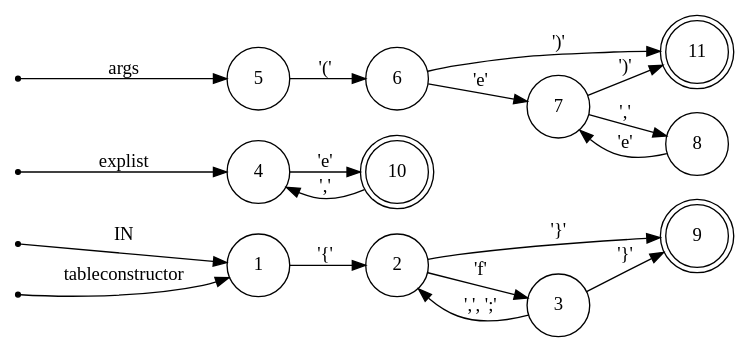
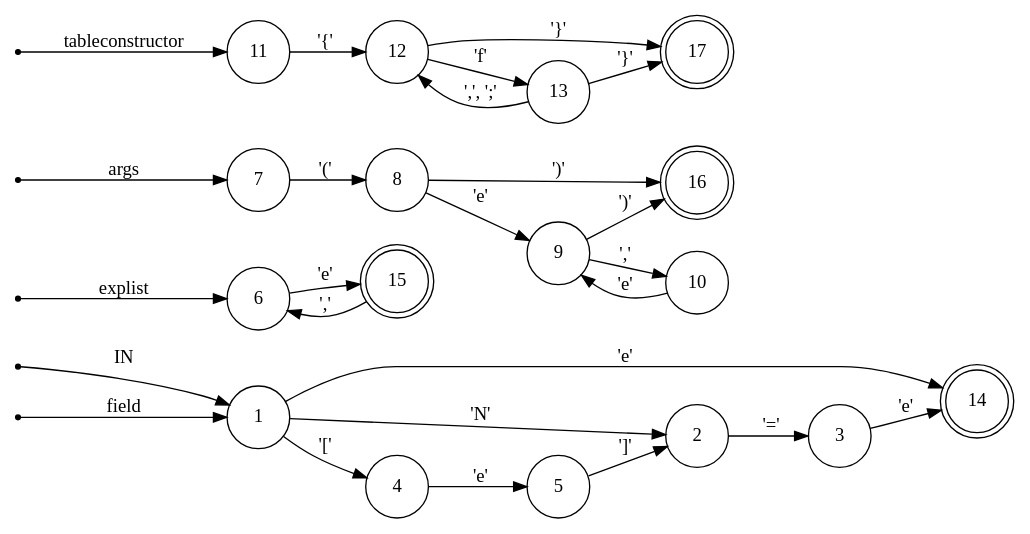
Before and after one commit to dromozoa/dromozoa: the diagram in docs/syntax.dot, drawn with Graphviz. The commit also changed 1 other file, not shown here.

```diff
--- a/docs/syntax.dot
+++ b/docs/syntax.dot
@@ -1,31 +1,41 @@
 digraph syntax {
 	rankdir=LR;
 	node [ shape = point ];
 	ENTRY;
-	en_4;
-	en_5;
+	en_6;
+	en_7;
+	en_11;
 	en_1;
 	node [ shape = circle, height = 0.2 ];
 	node [ fixedsize = true, height = 0.65, shape = doublecircle ];
-	9;
-	10;
-	11;
+	14;
+	15;
+	16;
+	17;
 	node [ shape = circle ];
-	1 -> 2 [ label = "'{'" ];
-	2 -> 3 [ label = "'f'" ];
-	2 -> 9 [ label = "'}'" ];
-	3 -> 2 [ label = "',', ';'" ];
-	3 -> 9 [ label = "'}'" ];
-	4 -> 10 [ label = "'e'" ];
-	5 -> 6 [ label = "'('" ];
-	6 -> 11 [ label = "')'" ];
-	6 -> 7 [ label = "'e'" ];
-	7 -> 11 [ label = "')'" ];
-	7 -> 8 [ label = "','" ];
-	8 -> 7 [ label = "'e'" ];
-	10 -> 4 [ label = "','" ];
+	1 -> 2 [ label = "'N'" ];
+	1 -> 4 [ label = "'['" ];
+	1 -> 14 [ label = "'e'" ];
+	2 -> 3 [ label = "'='" ];
+	3 -> 14 [ label = "'e'" ];
+	4 -> 5 [ label = "'e'" ];
+	5 -> 2 [ label = "']'" ];
+	6 -> 15 [ label = "'e'" ];
+	7 -> 8 [ label = "'('" ];
+	8 -> 16 [ label = "')'" ];
+	8 -> 9 [ label = "'e'" ];
+	9 -> 16 [ label = "')'" ];
+	9 -> 10 [ label = "','" ];
+	10 -> 9 [ label = "'e'" ];
+	11 -> 12 [ label = "'{'" ];
+	12 -> 13 [ label = "'f'" ];
+	12 -> 17 [ label = "'}'" ];
+	13 -> 12 [ label = "',', ';'" ];
+	13 -> 17 [ label = "'}'" ];
+	15 -> 6 [ label = "','" ];
 	ENTRY -> 1 [ label = "IN" ];
-	en_4 -> 4 [ label = "explist" ];
-	en_5 -> 5 [ label = "args" ];
-	en_1 -> 1 [ label = "tableconstructor" ];
+	en_6 -> 6 [ label = "explist" ];
+	en_7 -> 7 [ label = "args" ];
+	en_11 -> 11 [ label = "tableconstructor" ];
+	en_1 -> 1 [ label = "field" ];
 }
```
